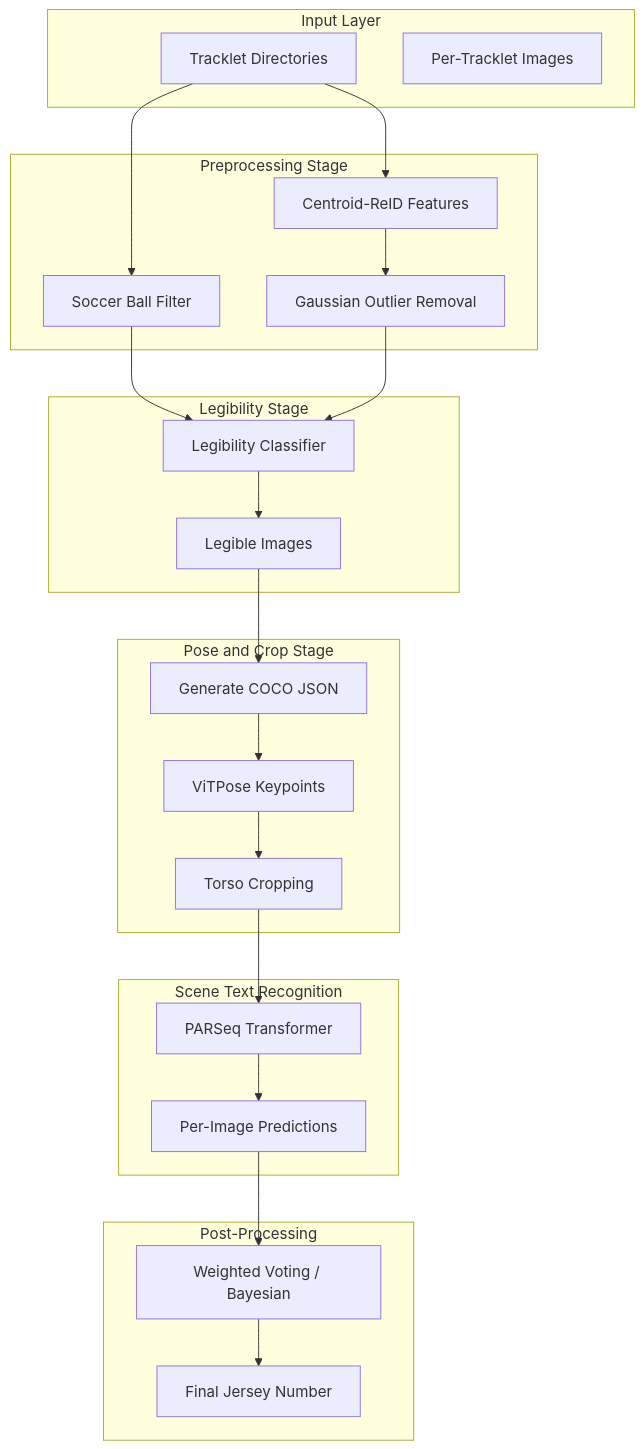
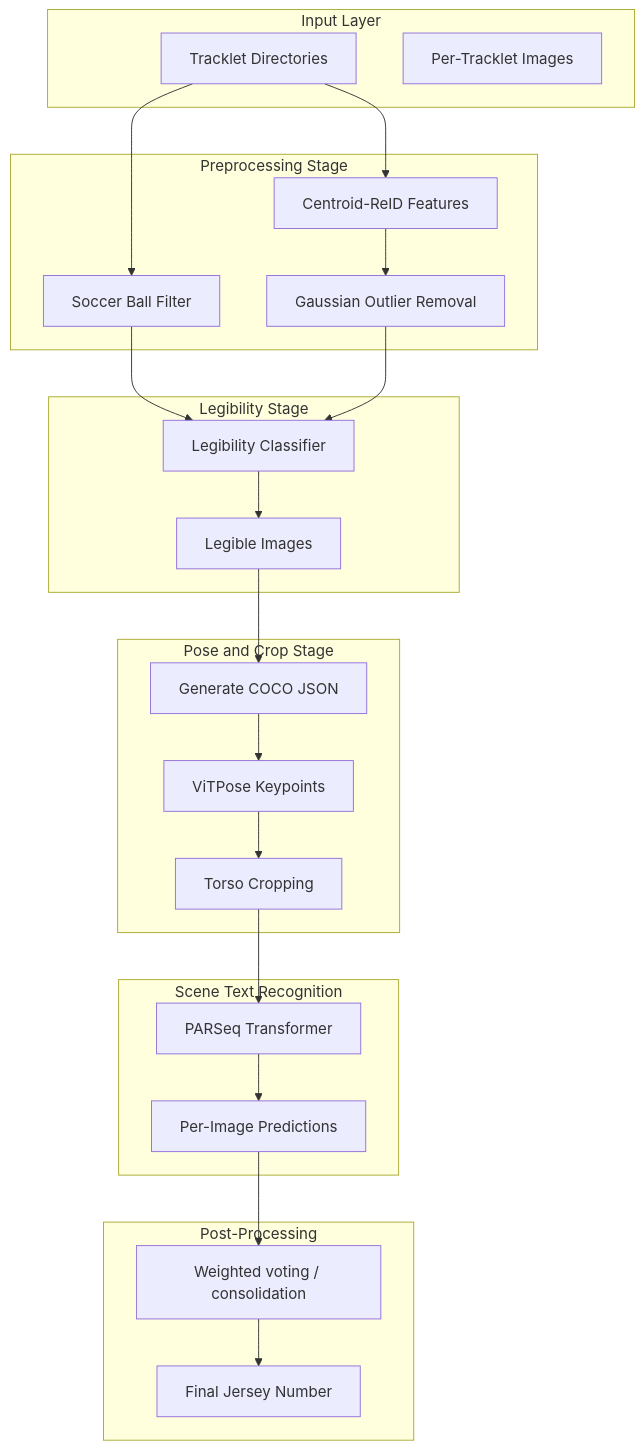
The first of 2 diagrams in docs/ARCHITECTURE.md (carsonbennett1/Jersey-Number-Recognition-Project), drawn with Mermaid before and after one commit. The commit also changed other lines of this file and 3 other files, not shown here.

````diff
--- a/docs/ARCHITECTURE.md
+++ b/docs/ARCHITECTURE.md
@@ -9,48 +71,48 @@
 ```mermaid
 flowchart TB
     subgraph Input [Input Layer]
         Tracklets[Tracklet Directories]
         Images[Per-Tracklet Images]
     end
 
     subgraph Preprocessing [Preprocessing Stage]
         BallFilter[Soccer Ball Filter]
         ReID[Centroid-ReID Features]
         OutlierFilter[Gaussian Outlier Removal]
     end
 
     subgraph Legibility [Legibility Stage]
         LegClass[Legibility Classifier]
         Legible[Legible Images]
     end
 
     subgraph PoseCrop [Pose and Crop Stage]
         PoseJSON[Generate COCO JSON]
         ViTPose[ViTPose Keypoints]
         TorsoCrop[Torso Cropping]
     end
 
     subgraph STR [Scene Text Recognition]
         PARSeq[PARSeq Transformer]
         Predictions[Per-Image Predictions]
     end
 
     subgraph PostProcess [Post-Processing]
-        Consolidate[Weighted Voting / Bayesian]
+        Consolidate[Weighted voting / consolidation]
         Final[Final Jersey Number]
     end
 
     Tracklets --> BallFilter
     Tracklets --> ReID
     ReID --> OutlierFilter
     BallFilter --> LegClass
     OutlierFilter --> LegClass
     LegClass --> Legible
     Legible --> PoseJSON
     PoseJSON --> ViTPose
     ViTPose --> TorsoCrop
     TorsoCrop --> PARSeq
     PARSeq --> Predictions
     Predictions --> Consolidate
     Consolidate --> Final
 ```
````
